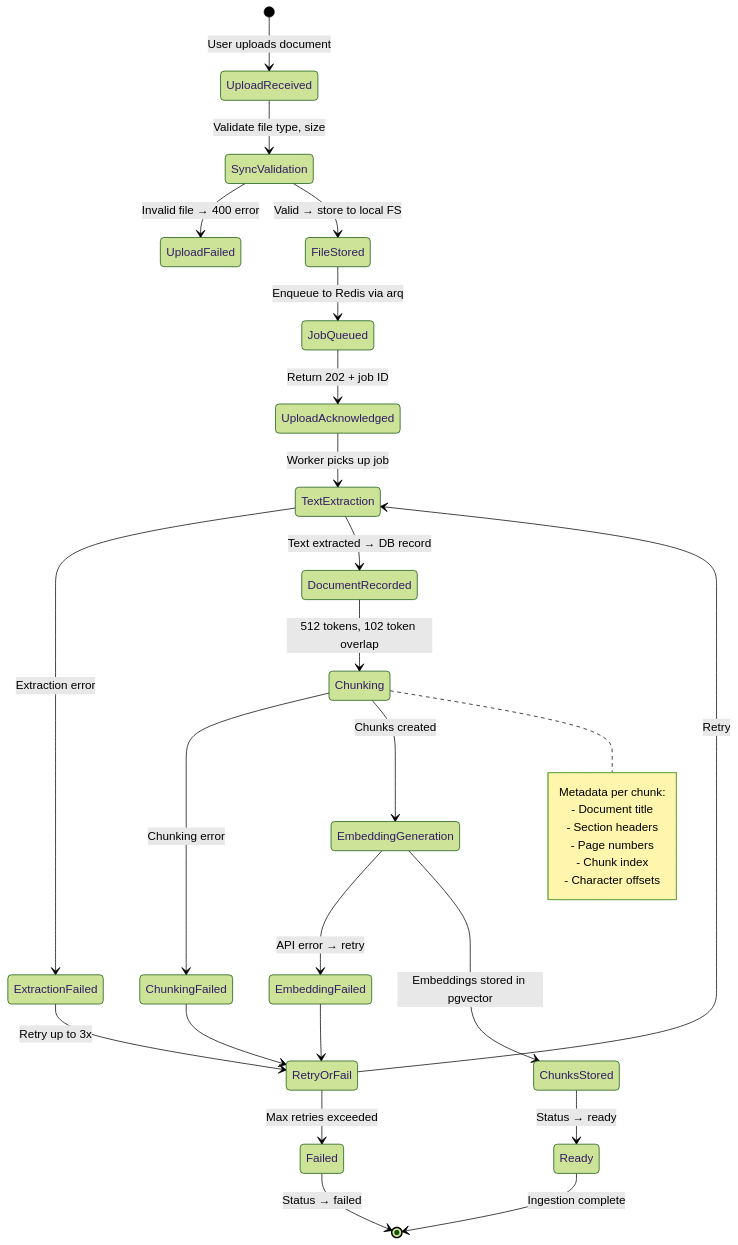
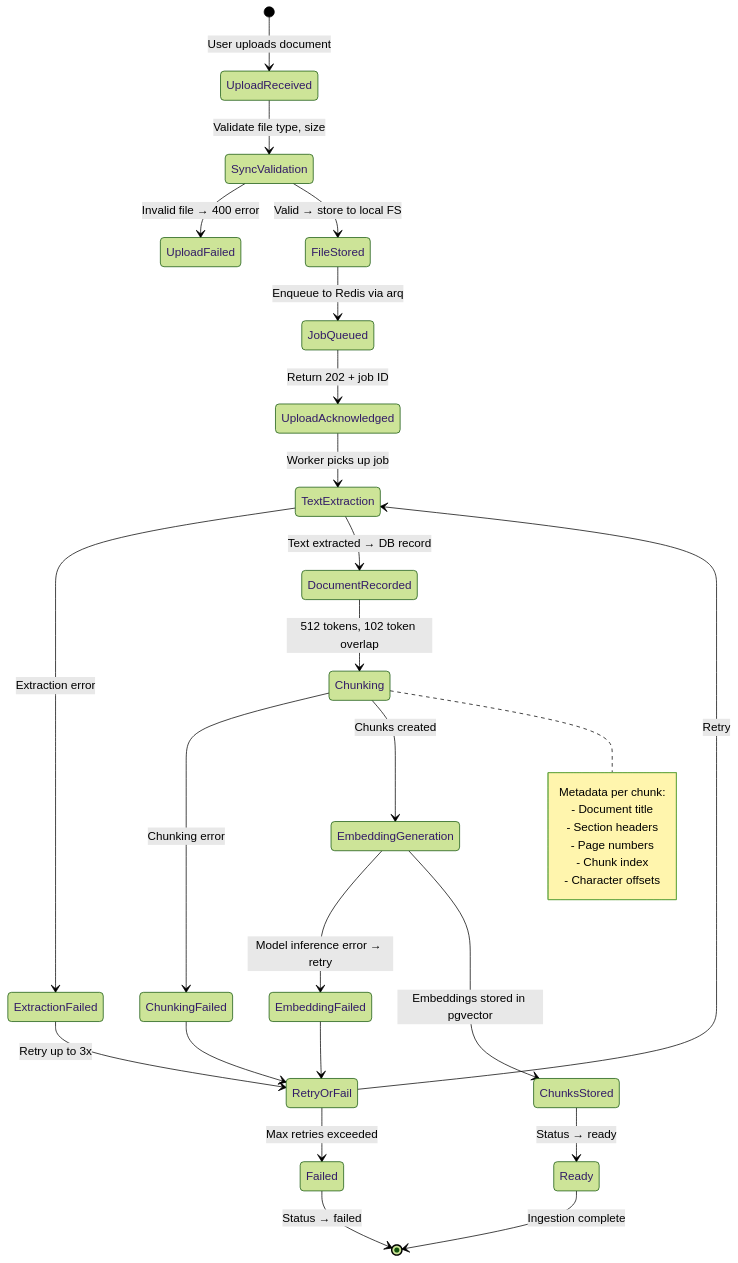
The third of 4 diagrams in docs/architecture/system-overview.md (SudarshanKomar/foliun), drawn with Mermaid (forest theme) before and after one commit. The commit also changed other lines of this file and 35 other files, not shown here.

Commit message:
Complete local embedding model migration

````diff
--- a/docs/architecture/system-overview.md
+++ b/docs/architecture/system-overview.md
@@ -203,36 +202,36 @@
 ```mermaid
 stateDiagram-v2
     [*] --> UploadReceived: User uploads document
     UploadReceived --> SyncValidation: Validate file type, size
     SyncValidation --> UploadFailed: Invalid file → 400 error
     SyncValidation --> FileStored: Valid → store to local FS
     FileStored --> JobQueued: Enqueue to Redis via arq
     JobQueued --> UploadAcknowledged: Return 202 + job ID
     
     UploadAcknowledged --> TextExtraction: Worker picks up job
     TextExtraction --> ExtractionFailed: Extraction error
     TextExtraction --> DocumentRecorded: Text extracted → DB record
     DocumentRecorded --> Chunking: 512 tokens, 102 token overlap
     Chunking --> ChunkingFailed: Chunking error
     Chunking --> EmbeddingGeneration: Chunks created
-    EmbeddingGeneration --> EmbeddingFailed: API error → retry
+    EmbeddingGeneration --> EmbeddingFailed: Model inference error → retry
     EmbeddingGeneration --> ChunksStored: Embeddings stored in pgvector
     ChunksStored --> Ready: Status → ready
     Ready --> [*]: Ingestion complete
     
     ExtractionFailed --> RetryOrFail: Retry up to 3x
     ChunkingFailed --> RetryOrFail
     EmbeddingFailed --> RetryOrFail
     RetryOrFail --> TextExtraction: Retry
     RetryOrFail --> Failed: Max retries exceeded
     Failed --> [*]: Status → failed
     
     note right of Chunking
         Metadata per chunk:
         - Document title
         - Section headers
         - Page numbers
         - Chunk index
         - Character offsets
     end note
 ```
````
